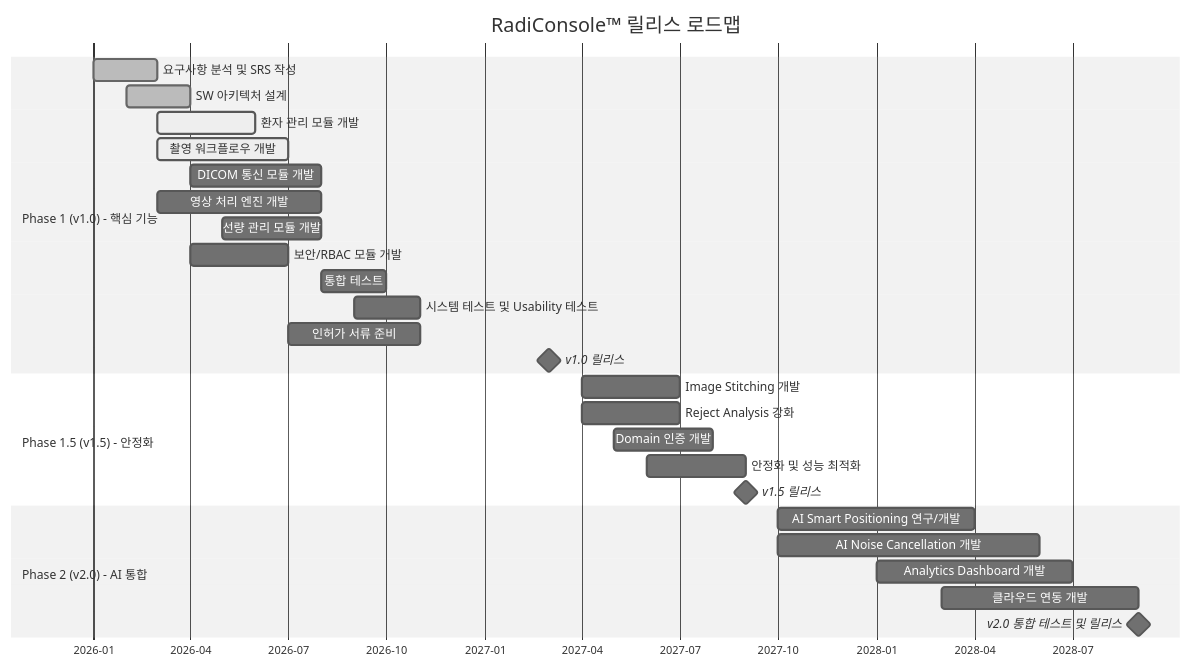
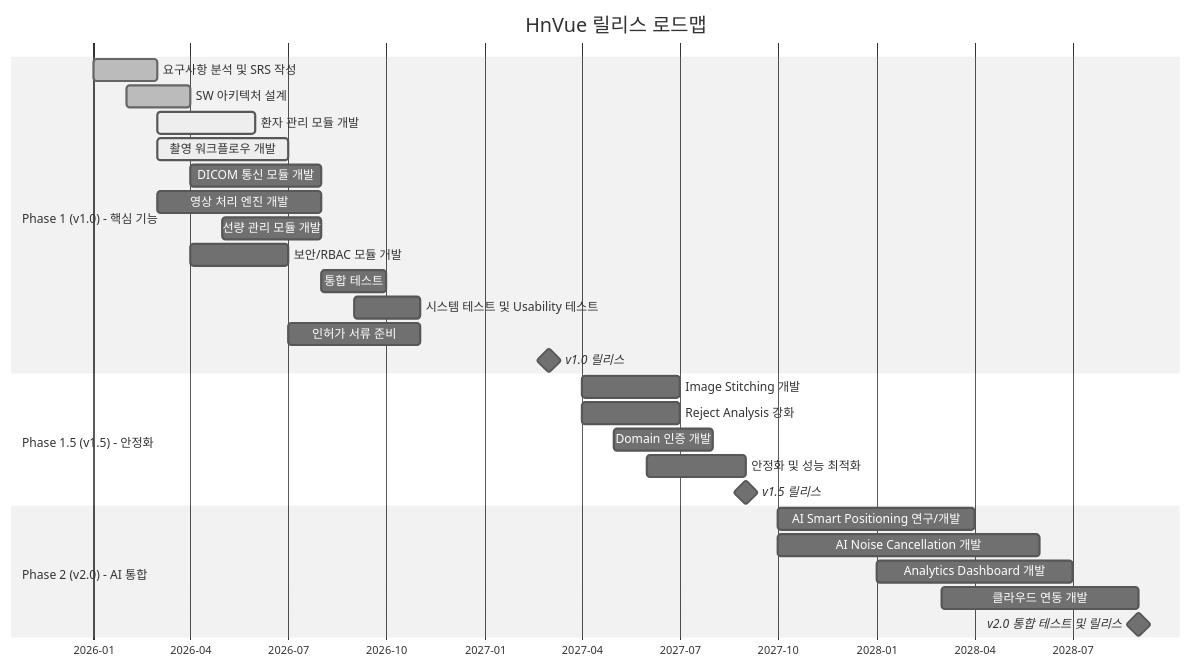
Before and after one commit to holee9/console-gui: diagram 11 of 16 in docs/planning/DOC-002_PRD_v1.0.md, drawn with Mermaid (neutral theme). The commit also changed other lines of this file and 34 other files, not shown here.

First line of the commit message:
fix: RadiConsole → HnVue 전체 일괄 변경 (35개 파일, 300건+)

````diff
--- a/docs/planning/DOC-002_PRD_v1.0.md
+++ b/docs/planning/DOC-002_PRD_v1.0.md
@@ -1025,34 +1025,34 @@
 ```mermaid
 gantt
-    title RadiConsole™ 릴리스 로드맵
+    title HnVue 릴리스 로드맵
     dateFormat  YYYY-MM
     axisFormat  %Y-%m
 
     section Phase 1 (v1.0) - 핵심 기능
     요구사항 분석 및 SRS 작성        :done, req1, 2026-01, 2026-03
     SW 아키텍처 설계                 :done, arch1, 2026-02, 2026-04
     환자 관리 모듈 개발              :active, dev1, 2026-03, 2026-06
     촬영 워크플로우 개발             :active, dev2, 2026-03, 2026-07
     DICOM 통신 모듈 개발             :dev3, 2026-04, 2026-08
     영상 처리 엔진 개발              :dev4, 2026-03, 2026-08
     선량 관리 모듈 개발              :dev5, 2026-05, 2026-08
     보안/RBAC 모듈 개발              :dev6, 2026-04, 2026-07
     통합 테스트                      :test1, 2026-08, 2026-10
     시스템 테스트 및 Usability 테스트 :test2, 2026-09, 2026-11
     인허가 서류 준비                  :reg1, 2026-07, 2026-11
     v1.0 릴리스                      :milestone, m1, 2027-03, 0d
 
     section Phase 1.5 (v1.5) - 안정화
     Image Stitching 개발             :dev7, 2027-04, 2027-07
     Reject Analysis 강화             :dev8, 2027-04, 2027-07
     Domain 인증 개발                 :dev9, 2027-05, 2027-08
     안정화 및 성능 최적화            :opt1, 2027-06, 2027-09
     v1.5 릴리스                      :milestone, m2, 2027-09, 0d
 
     section Phase 2 (v2.0) - AI 통합
     AI Smart Positioning 연구/개발   :ai1, 2027-10, 2028-04
     AI Noise Cancellation 개발       :ai2, 2027-10, 2028-06
     Analytics Dashboard 개발         :ai3, 2028-01, 2028-07
     클라우드 연동 개발               :cloud1, 2028-03, 2028-09
     v2.0 통합 테스트 및 릴리스       :milestone, m3, 2028-09, 0d
 ```
````
